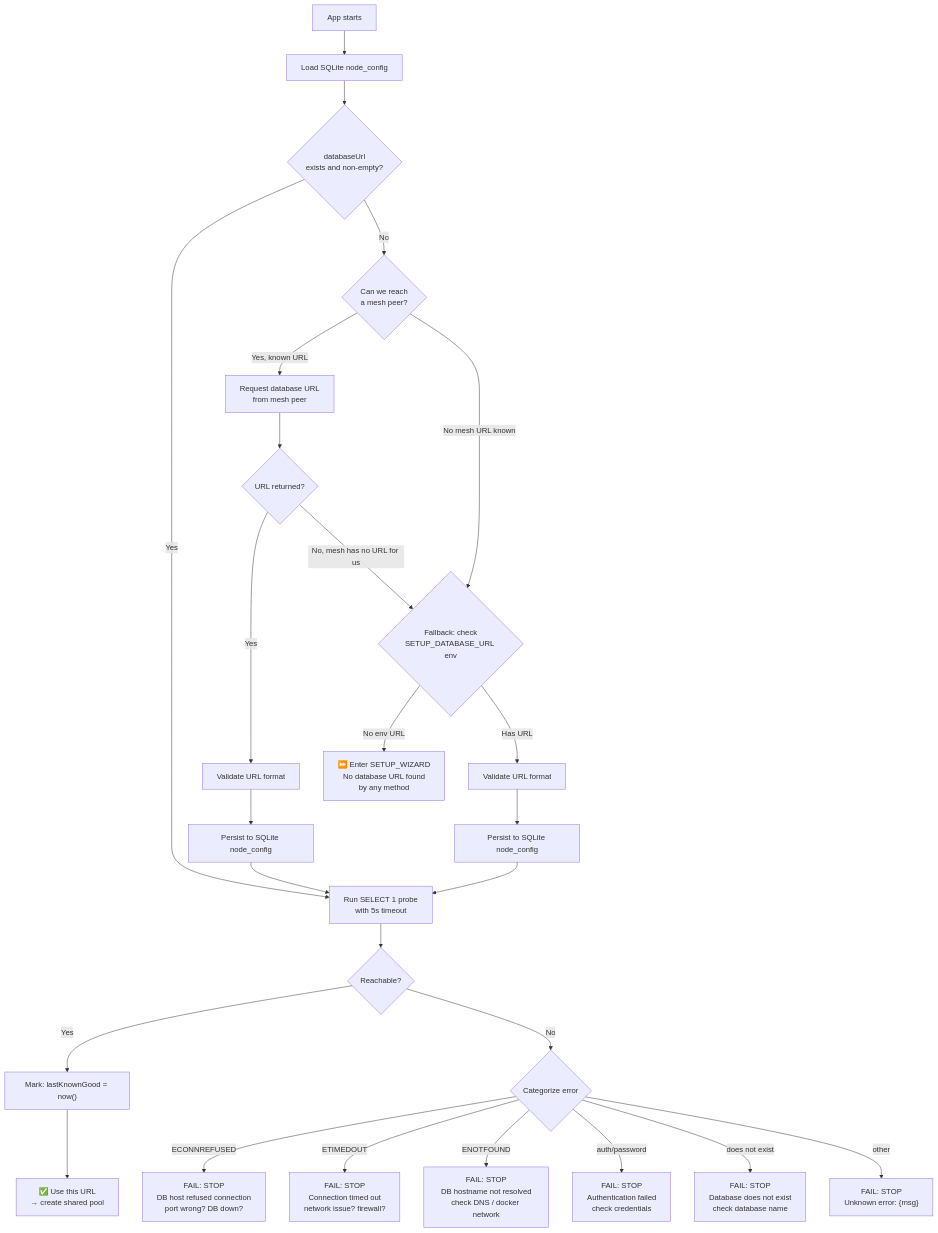
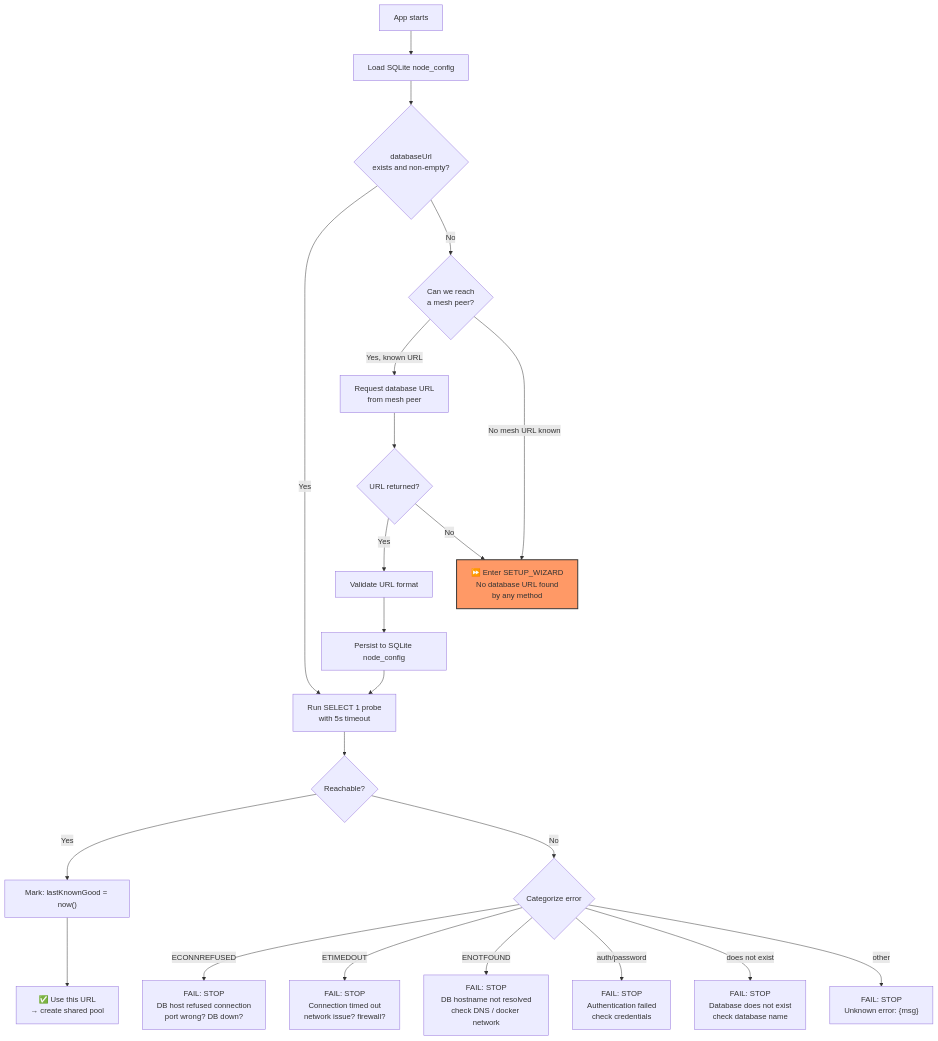
Before and after one commit to N0SAFE/deployer: the first of 5 diagrams in tmp/db-connection-flows-enhanced.md, drawn with Mermaid. The commit also changed other lines of this file and 12 other files, not shown here.

````diff
--- a/tmp/db-connection-flows-enhanced.md
+++ b/tmp/db-connection-flows-enhanced.md
@@ -132,34 +132,31 @@
 ```mermaid
 flowchart TB
     START[App starts] --> LOAD_SQLITE[Load SQLite node_config]
     LOAD_SQLITE --> HAS_URL{databaseUrl<br/>exists and non-empty?}
     
     HAS_URL -->|Yes| PROBE[Run SELECT 1 probe<br/>with 5s timeout]
     PROBE --> REACHABLE{Reachable?}
     REACHABLE -->|Yes| STORE_HEALTHY["Mark: lastKnownGood = now()"]
     STORE_HEALTHY --> USE_URL[✅ Use this URL<br/>→ create shared pool]
     
     REACHABLE -->|No| DIAGNOSE{Categorize error}
     DIAGNOSE -->|ECONNREFUSED| STOP_CONN["FAIL: STOP<br/>DB host refused connection<br/>port wrong? DB down?"]
     DIAGNOSE -->|ETIMEDOUT| STOP_TIMEOUT["FAIL: STOP<br/>Connection timed out<br/>network issue? firewall?"]
     DIAGNOSE -->|ENOTFOUND| STOP_DNS["FAIL: STOP<br/>DB hostname not resolved<br/>check DNS / docker network"]
     DIAGNOSE -->|auth/password| STOP_AUTH["FAIL: STOP<br/>Authentication failed<br/>check credentials"]
     DIAGNOSE -->|"does not exist"| STOP_DBNAME["FAIL: STOP<br/>Database does not exist<br/>check database name"]
     DIAGNOSE -->|other| STOP_OTHER["FAIL: STOP<br/>Unknown error: {msg}"]
     
     HAS_URL -->|No| ASK_MESH{Can we reach<br/>a mesh peer?}
     ASK_MESH -->|Yes, known URL| FETCH_FROM_MESH[Request database URL<br/>from mesh peer]
     FETCH_FROM_MESH --> MESH_URL_RETURNED{URL returned?}
     MESH_URL_RETURNED -->|Yes| VALIDATE_MESH_URL[Validate URL format]
     VALIDATE_MESH_URL --> PERSIST_MESH[Persist to SQLite node_config]
     PERSIST_MESH --> PROBE
     
-    MESH_URL_RETURNED -->|No, mesh has no URL for us| FALLBACK_ENV
+    MESH_URL_RETURNED -->|No| SETUP_NEEDED["⏩ Enter SETUP_WIZARD<br/>No database URL found<br/>by any method"]
     
-    ASK_MESH -->|No mesh URL known| FALLBACK_ENV{Fallback: check<br/>SETUP_DATABASE_URL env}
-    FALLBACK_ENV -->|Has URL| VALIDATE_ENV[Validate URL format]
-    VALIDATE_ENV --> PERSIST_ENV[Persist to SQLite node_config]
-    PERSIST_ENV --> PROBE
+    ASK_MESH -->|No mesh URL known| SETUP_NEEDED
     
-    FALLBACK_ENV -->|No env URL| SETUP_NEEDED["⏩ Enter SETUP_WIZARD<br/>No database URL found<br/>by any method"]
+    style SETUP_NEEDED fill:#f96,stroke:#333,stroke-width:2px
 ```
````
